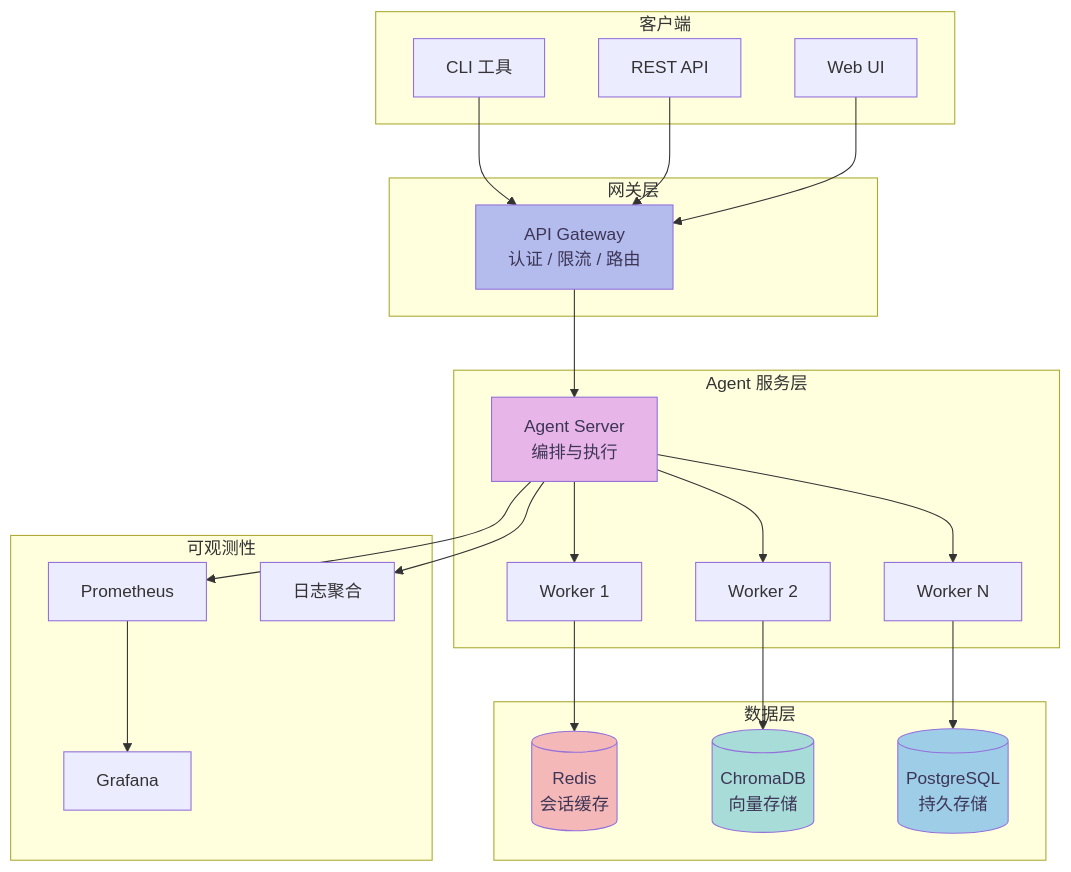
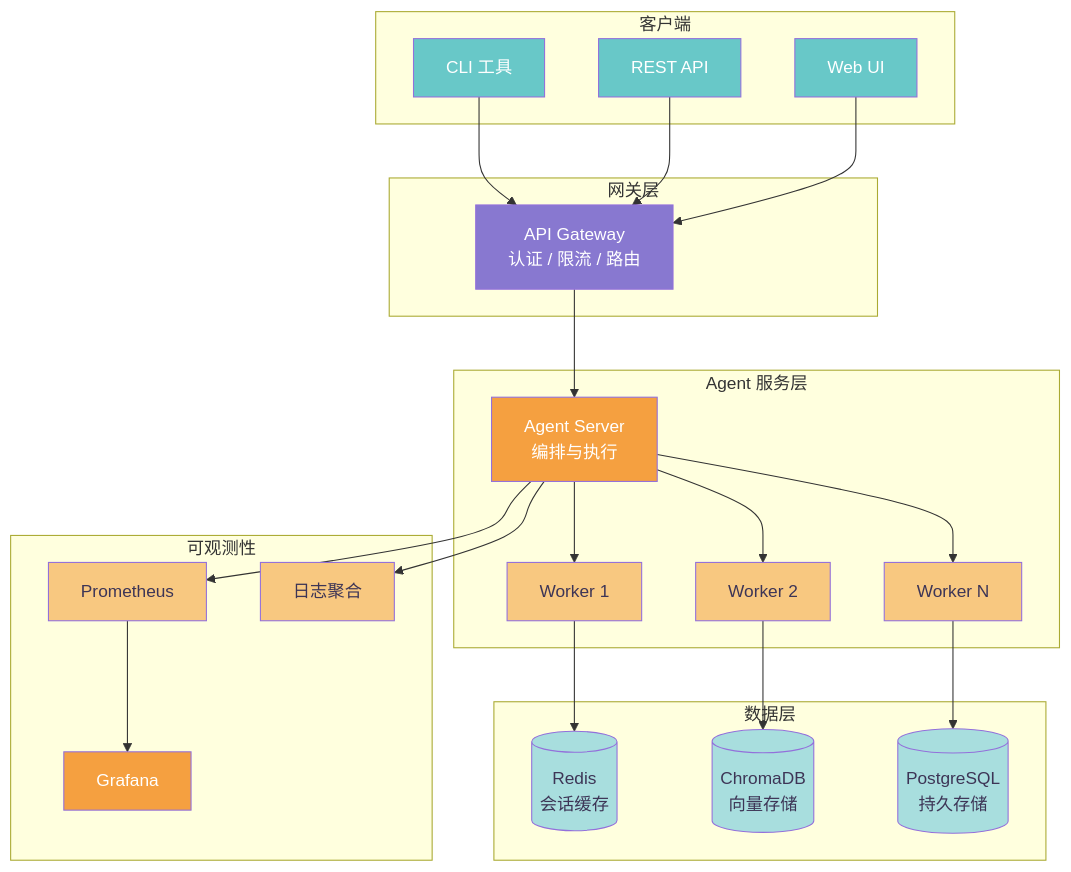
Before and after one commit to caoping0623/caoping0623.github.io: the tenth of 12 diagrams in _posts/2026-04-15-ai-agent.md, drawn with Mermaid. The commit also changed other lines of this file and 1 other file, not shown here.

First line of the commit message:
Update flowchart color scheme to match reference: teal/orange nodes, lavender arrows, pink subgraph containers

```diff
--- a/_posts/2026-04-15-ai-agent.md
+++ b/_posts/2026-04-15-ai-agent.md
@@ -715,51 +725,60 @@
 <div class="mermaid">
 graph TB
     subgraph 客户端
         CLI[CLI 工具]
         API[REST API]
         WEB[Web UI]
     end
 
     subgraph 网关层
         GW[API Gateway<br/>认证 / 限流 / 路由]
     end
 
     subgraph Agent 服务层
         AS[Agent Server<br/>编排与执行]
         W1[Worker 1]
         W2[Worker 2]
         W3[Worker N]
     end
 
     subgraph 数据层
         REDIS[(Redis<br/>会话缓存)]
         CHROMA[(ChromaDB<br/>向量存储)]
         PG[(PostgreSQL<br/>持久存储)]
     end
 
     subgraph 可观测性
         PROM[Prometheus]
         GRAF[Grafana]
         LOG[日志聚合]
     end
 
     CLI --> GW
     API --> GW
     WEB --> GW
     GW --> AS
     AS --> W1
     AS --> W2
     AS --> W3
     W1 --> REDIS
     W2 --> CHROMA
     W3 --> PG
     AS --> PROM
     PROM --> GRAF
     AS --> LOG
 
-    style GW fill:#b4bcee,color:#3d3556
-    style AS fill:#e8b5e8,color:#3d3556
-    style REDIS fill:#f4b8b8,color:#3d3556
-    style CHROMA fill:#a8dcd8,color:#3d3556
-    style PG fill:#9ecde8,color:#3d3556
+    style CLI fill:#68c8c8,color:#ffffff
+    style API fill:#68c8c8,color:#ffffff
+    style WEB fill:#68c8c8,color:#ffffff
+    style GW fill:#8878d0,color:#ffffff
+    style AS fill:#f5a040,color:#ffffff
+    style W1 fill:#f8c880,color:#3d3556
+    style W2 fill:#f8c880,color:#3d3556
+    style W3 fill:#f8c880,color:#3d3556
+    style REDIS fill:#a8dede,color:#3d3556
+    style CHROMA fill:#a8dede,color:#3d3556
+    style PG fill:#a8dede,color:#3d3556
+    style PROM fill:#f8c880,color:#3d3556
+    style GRAF fill:#f5a040,color:#ffffff
+    style LOG fill:#f8c880,color:#3d3556
 </div>
```
